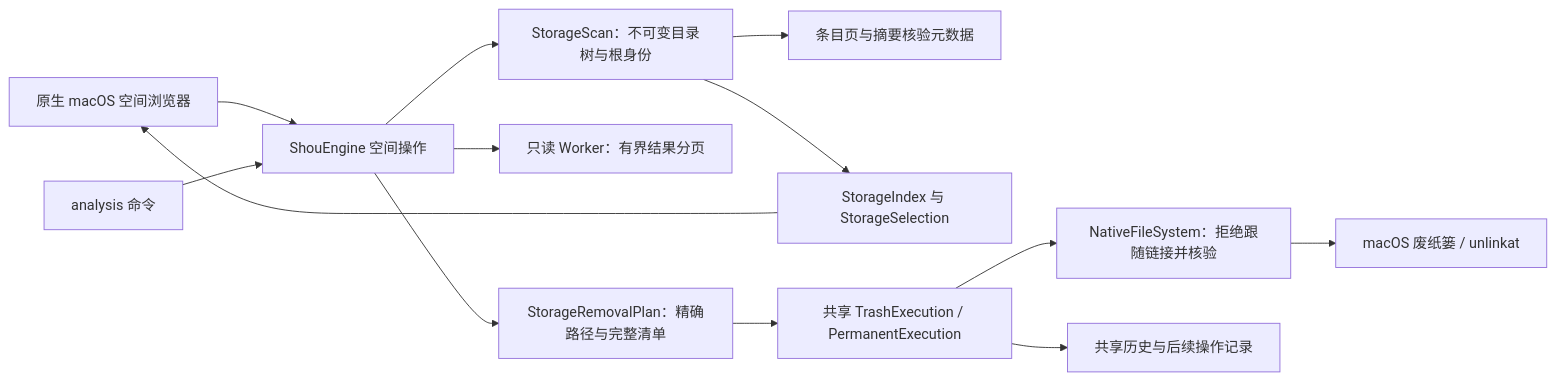
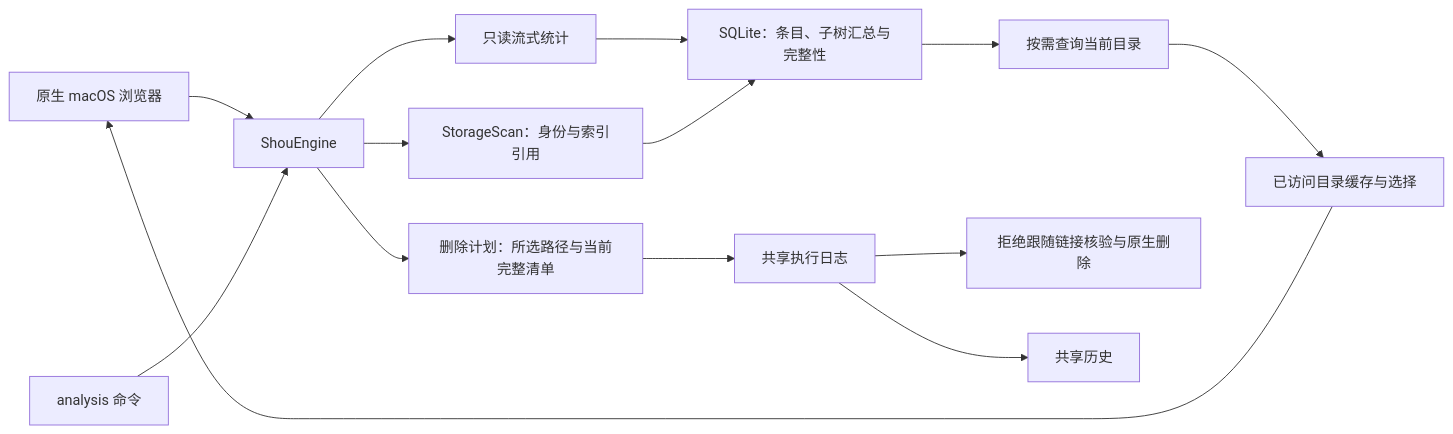
Before and after one commit to limecloud/shou: the first of 5 diagrams in docs/zh-CN/product/space-analysis.md, drawn with Mermaid. The commit also changed other lines of this file and 117 other files, not shown here.

````diff
--- a/docs/zh-CN/product/space-analysis.md
+++ b/docs/zh-CN/product/space-analysis.md
@@ -16,15 +16,16 @@
 ```mermaid
 flowchart LR
-  UI[原生 macOS 空间浏览器] --> Core[ShouEngine 空间操作]
+  UI[原生 macOS 浏览器] --> Core[ShouEngine]
   CLI[analysis 命令] --> Core
-  Core --> Scan[StorageScan：不可变目录树与根身份]
-  Core --> Worker[只读 Worker：有界结果分页]
-  Scan --> Pages[条目页与摘要核验元数据]
-  Scan --> Index[StorageIndex 与 StorageSelection]
-  Index --> UI
-  Core --> Plan[StorageRemovalPlan：精确路径与完整清单]
-  Plan --> Journal[共享 TrashExecution / PermanentExecution]
-  Journal --> Native[NativeFileSystem：拒绝跟随链接并核验]
-  Journal --> Records[共享历史与后续操作记录]
-  Native --> OS[macOS 废纸篓 / unlinkat]
+  Core --> Worker[只读流式统计]
+  Worker --> Catalog[SQLite：条目、子树汇总与完整性]
+  Core --> Scan[StorageScan：身份与索引引用]
+  Scan --> Catalog
+  Catalog --> Query[按需查询当前目录]
+  Query --> Cache[已访问目录缓存与选择]
+  Cache --> UI
+  Core --> Plan[删除计划：所选路径与当前完整清单]
+  Plan --> Journal[共享执行日志]
+  Journal --> FS[拒绝跟随链接核验与原生删除]
+  Journal --> History[共享历史]
 ```
````
